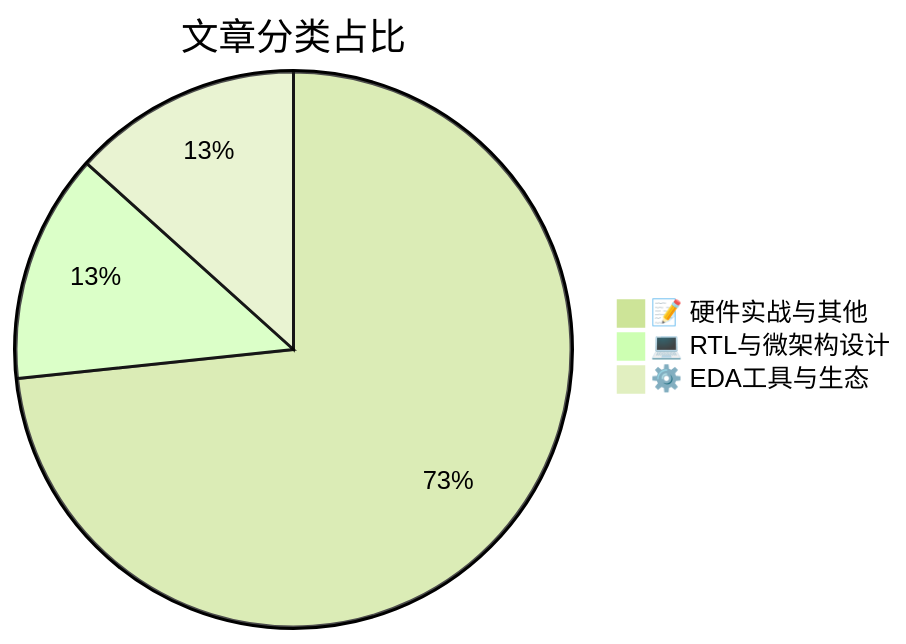
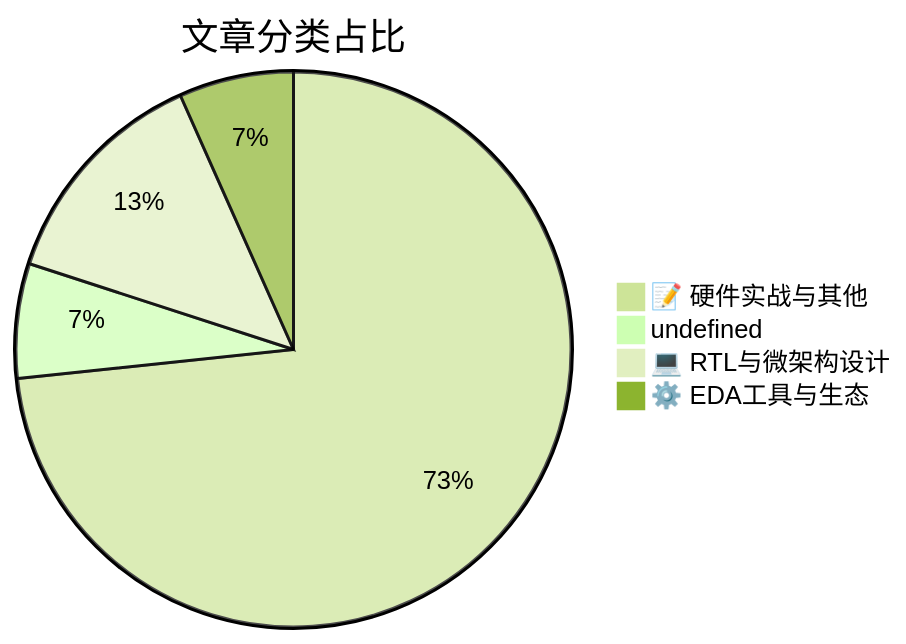
The diagram in public/digest.md (casparlin/fpga-daily-digest), drawn with Mermaid (forest theme) before and after one commit. The commit also changed other lines of this file and 1 other file, not shown here.

````diff
--- a/public/digest.md
+++ b/public/digest.md
@@ -41,6 +41,7 @@
 ```mermaid
 pie title 文章分类占比
   "📝 硬件实战与其他" : 11
+  "undefined" : 1
   "💻 RTL与微架构设计" : 2
-  "⚙️ EDA工具与生态" : 2
+  "⚙️ EDA工具与生态" : 1
 ```
````
